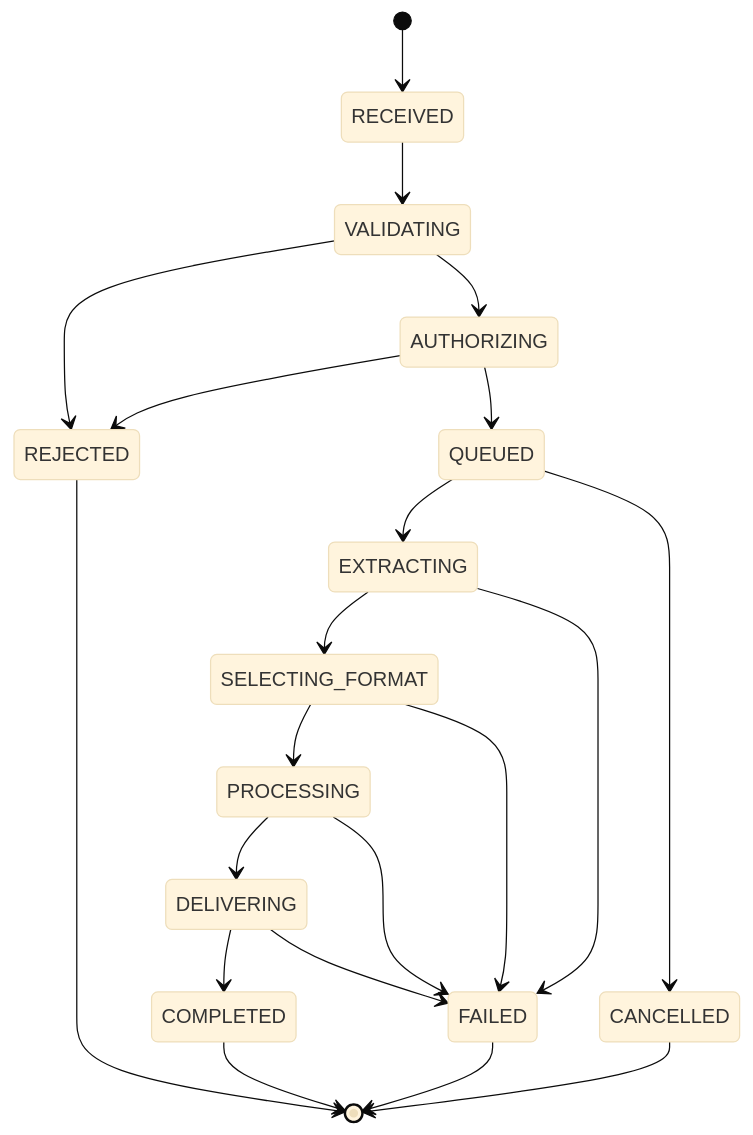
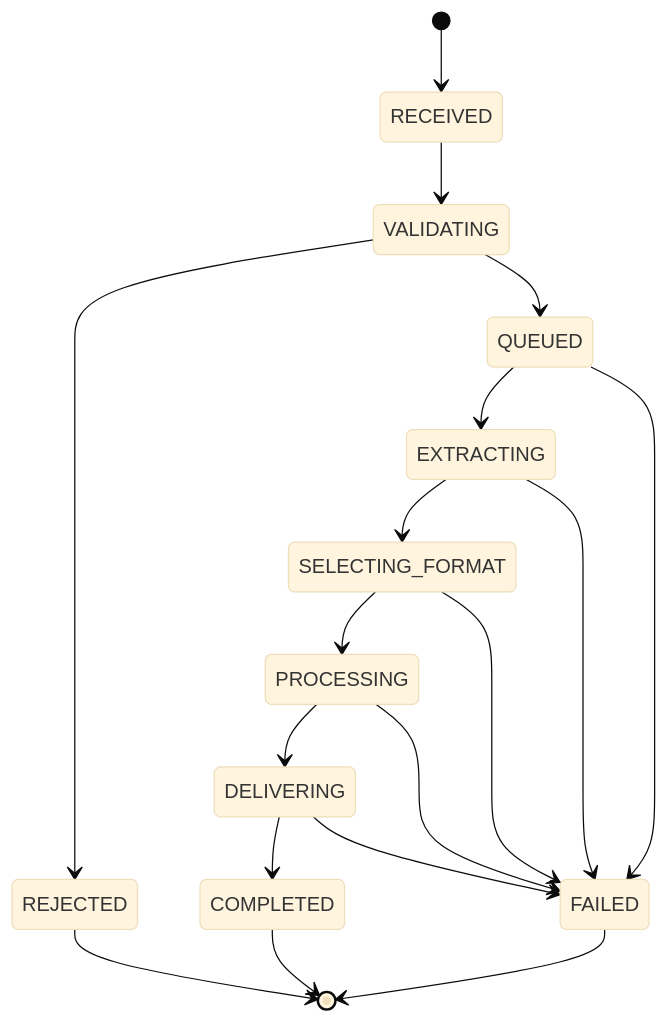
Before and after one commit to bread0xf/SocialsVideoDownloaderBot: the second of 2 diagrams in docs/architecture/system-architecture.md, drawn with Mermaid (base theme). The commit also changed other lines of this file and 16 other files, not shown here.

````diff
--- a/docs/architecture/system-architecture.md
+++ b/docs/architecture/system-architecture.md
@@ -55,23 +58,20 @@
 ```mermaid
 stateDiagram-v2
     [*] --> RECEIVED
     RECEIVED --> VALIDATING
     VALIDATING --> REJECTED
-    VALIDATING --> AUTHORIZING
-    AUTHORIZING --> REJECTED
-    AUTHORIZING --> QUEUED
+    VALIDATING --> QUEUED
     QUEUED --> EXTRACTING
     EXTRACTING --> SELECTING_FORMAT
     SELECTING_FORMAT --> PROCESSING
     PROCESSING --> DELIVERING
     DELIVERING --> COMPLETED
     EXTRACTING --> FAILED
     SELECTING_FORMAT --> FAILED
     PROCESSING --> FAILED
     DELIVERING --> FAILED
-    QUEUED --> CANCELLED
+    QUEUED --> FAILED
     FAILED --> [*]
     REJECTED --> [*]
-    CANCELLED --> [*]
     COMPLETED --> [*]
 ```
````
